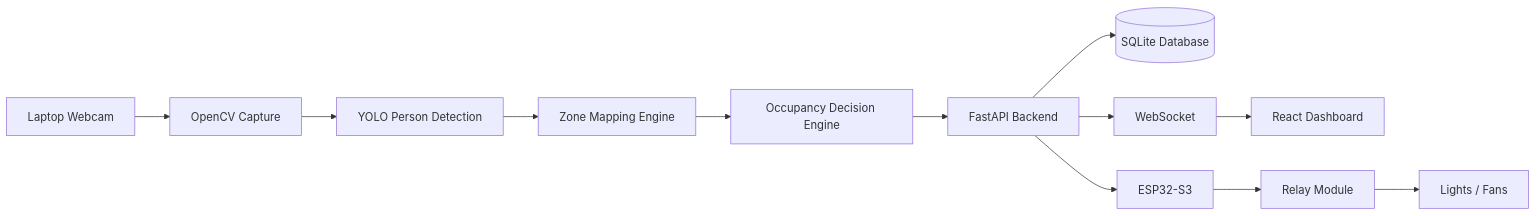
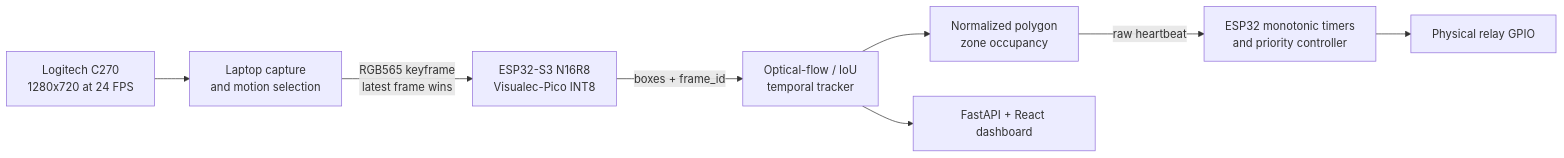
The diagram in README.md (Sarveshsivasankaran/Visualec), drawn with Mermaid before and after one commit. The commit also changed other lines of this file and 1961 other files, not shown here.

````diff
--- a/README.md
+++ b/README.md
@@ -27,14 +9,10 @@
 ```mermaid
 flowchart LR
-    CAM["Laptop Webcam"] --> CV["OpenCV Capture"]
-    CV --> AI["YOLO Person Detection"]
-    AI --> ZONE["Zone Mapping Engine"]
-    ZONE --> OCC["Occupancy Decision Engine"]
-    OCC --> API["FastAPI Backend"]
-    API --> DB[("SQLite Database")]
-    API --> WS["WebSocket"]
-    WS --> UI["React Dashboard"]
-    API --> ESP["ESP32-S3"]
-    ESP --> RELAY["Relay Module"]
-    RELAY --> LOADS["Lights / Fans"]
+    C270["Logitech C270\n1280x720 at 24 FPS"] --> CAP["Laptop capture\nand motion selection"]
+    CAP -->|"RGB565 keyframe\nlatest frame wins"| EDGE["ESP32-S3 N16R8\nVisualec-Pico INT8"]
+    EDGE -->|"boxes + frame_id"| TRACK["Optical-flow / IoU\ntemporal tracker"]
+    TRACK --> ZONES["Normalized polygon\nzone occupancy"]
+    ZONES -->|"raw heartbeat"| CONTROL["ESP32 monotonic timers\nand priority controller"]
+    CONTROL --> RELAY["Physical relay GPIO"]
+    TRACK --> UI["FastAPI + React dashboard"]
 ```
````
